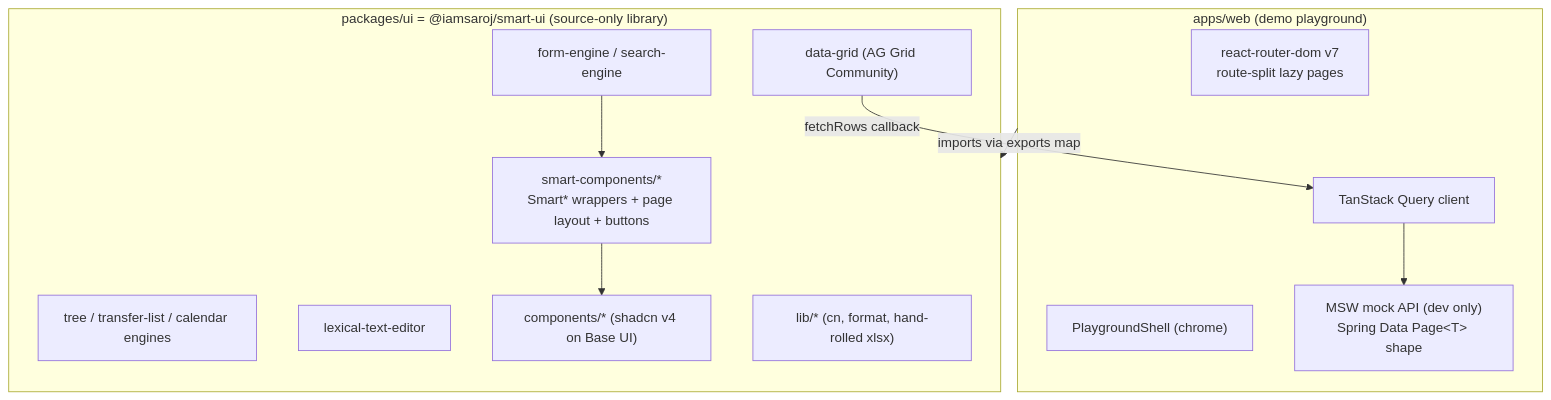
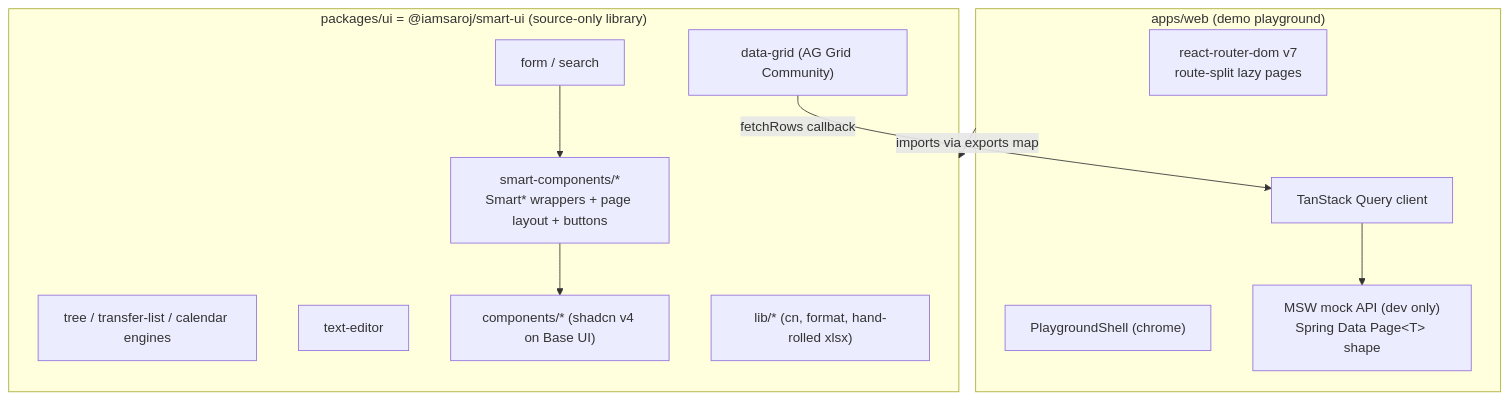
Before and after one commit to imsaroj/automatic-octo-fiesta: the first of 12 diagrams in ARCHITECTURE.md, drawn with Mermaid. The commit also changed other lines of this file and 129 other files, not shown here.

First line of the commit message:
refactor!: drop -engine suffix from subpaths, rename lexical-text-editor to text-editor

````diff
--- a/ARCHITECTURE.md
+++ b/ARCHITECTURE.md
@@ -33,25 +33,25 @@
 ```mermaid
 flowchart TD
   subgraph app["apps/web (demo playground)"]
     Router["react-router-dom v7<br/>route-split lazy pages"]
     Shell["PlaygroundShell (chrome)"]
     Query["TanStack Query client"]
     MSW["MSW mock API (dev only)<br/>Spring Data Page&lt;T&gt; shape"]
   end
 
   subgraph ui["packages/ui = @iamsaroj/smart-ui (source-only library)"]
     Smart["smart-components/*<br/>Smart* wrappers + page layout + buttons"]
-    Forms["form-engine / search-engine"]
+    Forms["form / search"]
     Grid["data-grid (AG Grid Community)"]
     Engines["tree / transfer-list / calendar engines"]
-    Editor["lexical-text-editor"]
+    Editor["text-editor"]
     Prim["components/* (shadcn v4 on Base UI)"]
     Lib["lib/* (cn, format, hand-rolled xlsx)"]
   end
 
   app -->|imports via exports map| ui
   Smart --> Prim
   Forms --> Smart
   Grid -->|fetchRows callback| Query
   Query --> MSW
 ```
````
